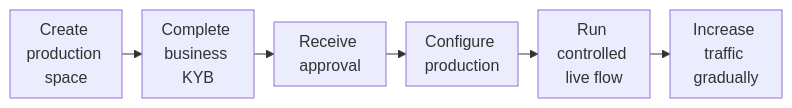
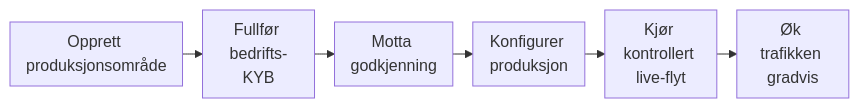
Before and after one commit to swipelux/public-docs: the diagram in no/integration/go-live.mdx, drawn with Mermaid. The commit also changed 285 other files, not shown here.

````diff
--- a/no/integration/go-live.mdx
+++ b/no/integration/go-live.mdx
@@ -8,9 +8,9 @@
 ```mermaid
 %%{init: {"flowchart": {"rankSpacing": 20, "nodeSpacing": 16, "wrappingWidth": 80, "padding": 8}}}%%
 flowchart LR
-  A["Create production space"] --> B["Complete business KYB"]
-  B --> C["Receive approval"]
-  C --> D["Configure production"]
-  D --> E["Run controlled live flow"]
-  E --> F["Increase traffic gradually"]
+  A["Opprett produksjonsområde"] --> B["Fullfør bedrifts-KYB"]
+  B --> C["Motta godkjenning"]
+  C --> D["Konfigurer produksjon"]
+  D --> E["Kjør kontrollert live-flyt"]
+  E --> F["Øk trafikken gradvis"]
 ```
````
